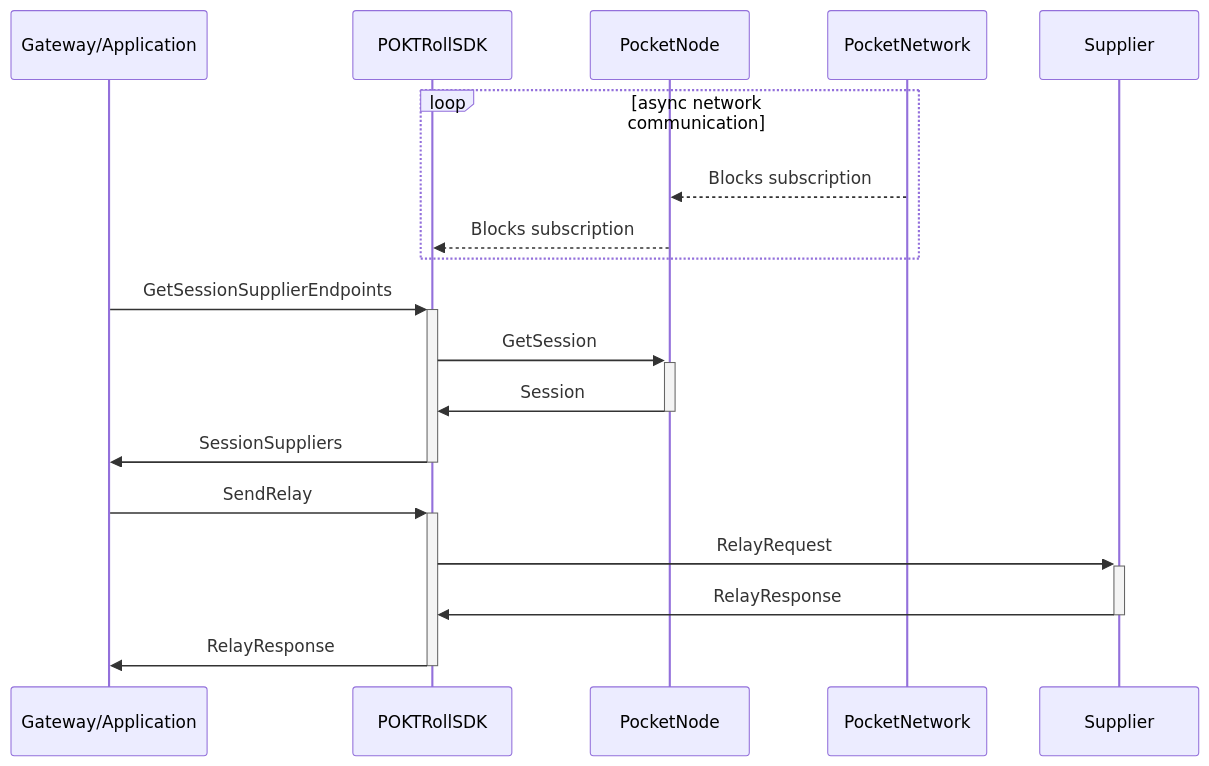
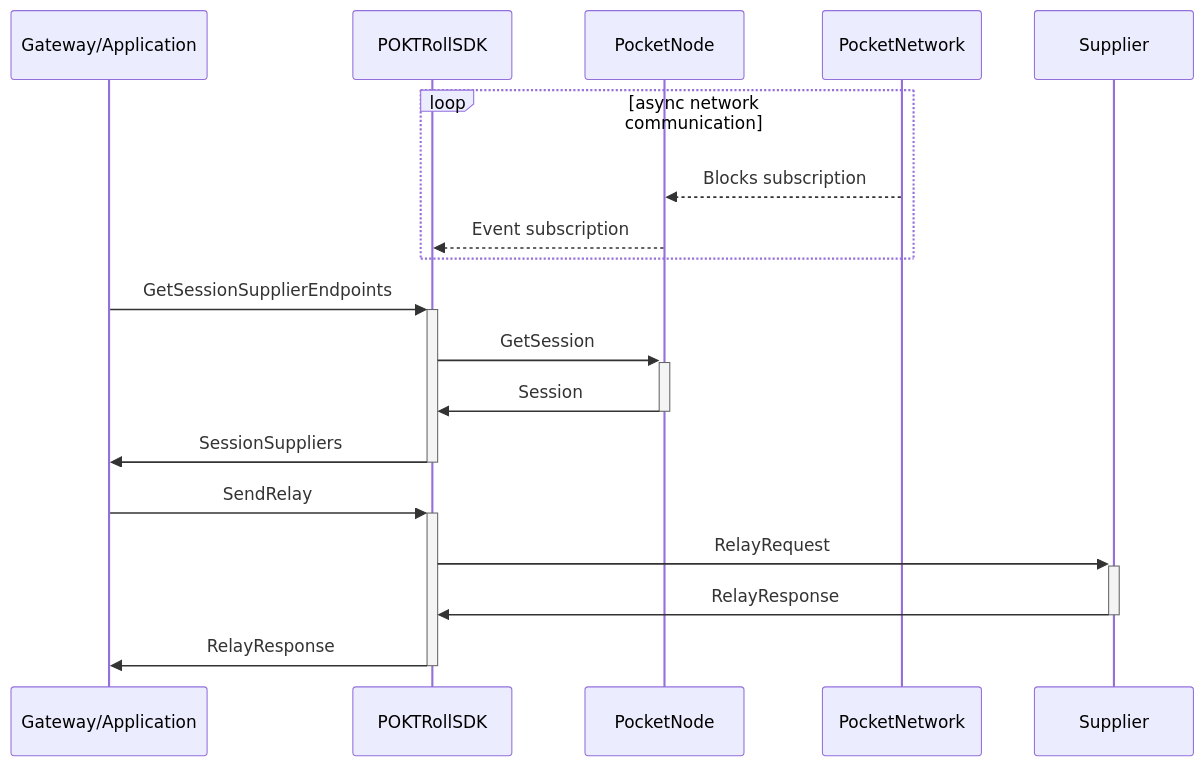
Before and after one commit to pokt-network/poktroll: the third of 3 diagrams in docusaurus/docs/packages/pkg/sdk/sdk.md, drawn with Mermaid. The commit also changed other lines of this file and 1 other file, not shown here.

Commit message:
Nits and edits to docusaurus/docs/packages/pkg/sdk/sdk.md

````diff
--- a/docusaurus/docs/packages/pkg/sdk/sdk.md
+++ b/docusaurus/docs/packages/pkg/sdk/sdk.md
@@ -301,24 +326,25 @@
 ```mermaid
 sequenceDiagram
     participant GA as Gateway/Application
     participant SDK as POKTRollSDK
     participant Node as PocketNode
     participant Network as PocketNetwork
     participant S as Supplier
 
-		loop async network communication
-	    Network -->> Node: Blocks subscription
-	    Node -->> SDK: Blocks subscription
-		end
-		%% Session Suppliers Retrieval
+    loop async network communication
+      Network -->> Node: Blocks subscription
+      Node -->> SDK: Event subscription
+    end
+
+    %% Session Suppliers Retrieval
     GA ->> +SDK: GetSessionSupplierEndpoints
     SDK ->> +Node: GetSession
     Node ->> -SDK: Session
     SDK ->> -GA: SessionSuppliers
 
-		%% Relay Propagation
+    %% Relay Propagation
     GA ->> +SDK: SendRelay
     SDK ->> +S: RelayRequest
     S ->> -SDK: RelayResponse
-		SDK ->> -GA: RelayResponse
+    SDK ->> -GA: RelayResponse
 ```
````
